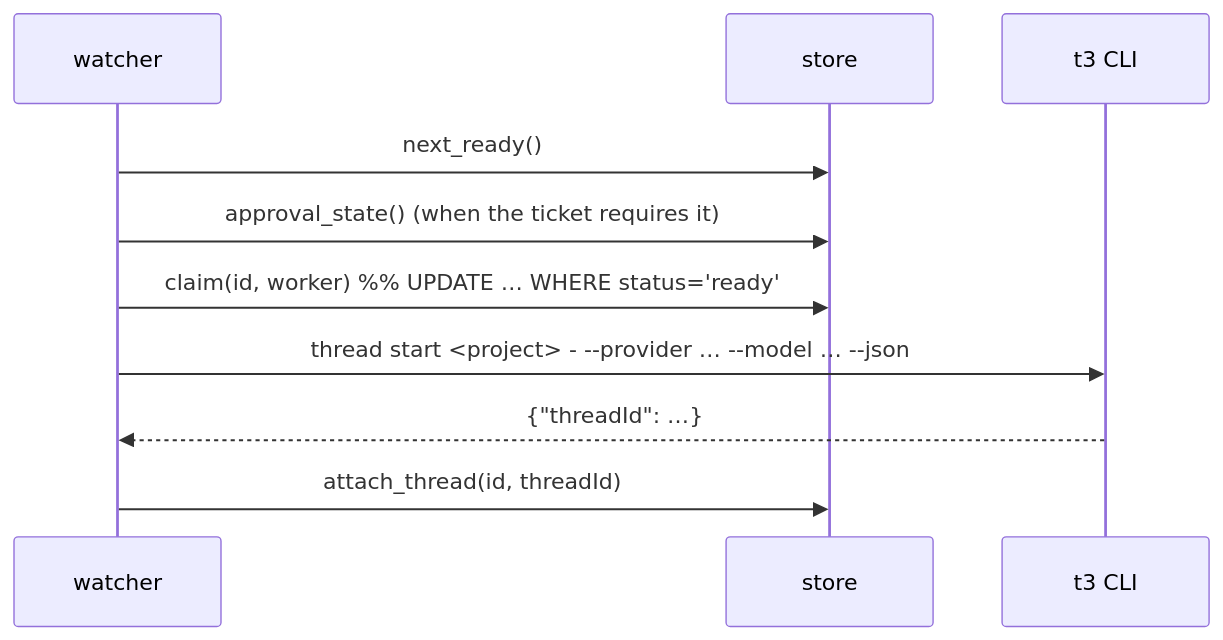
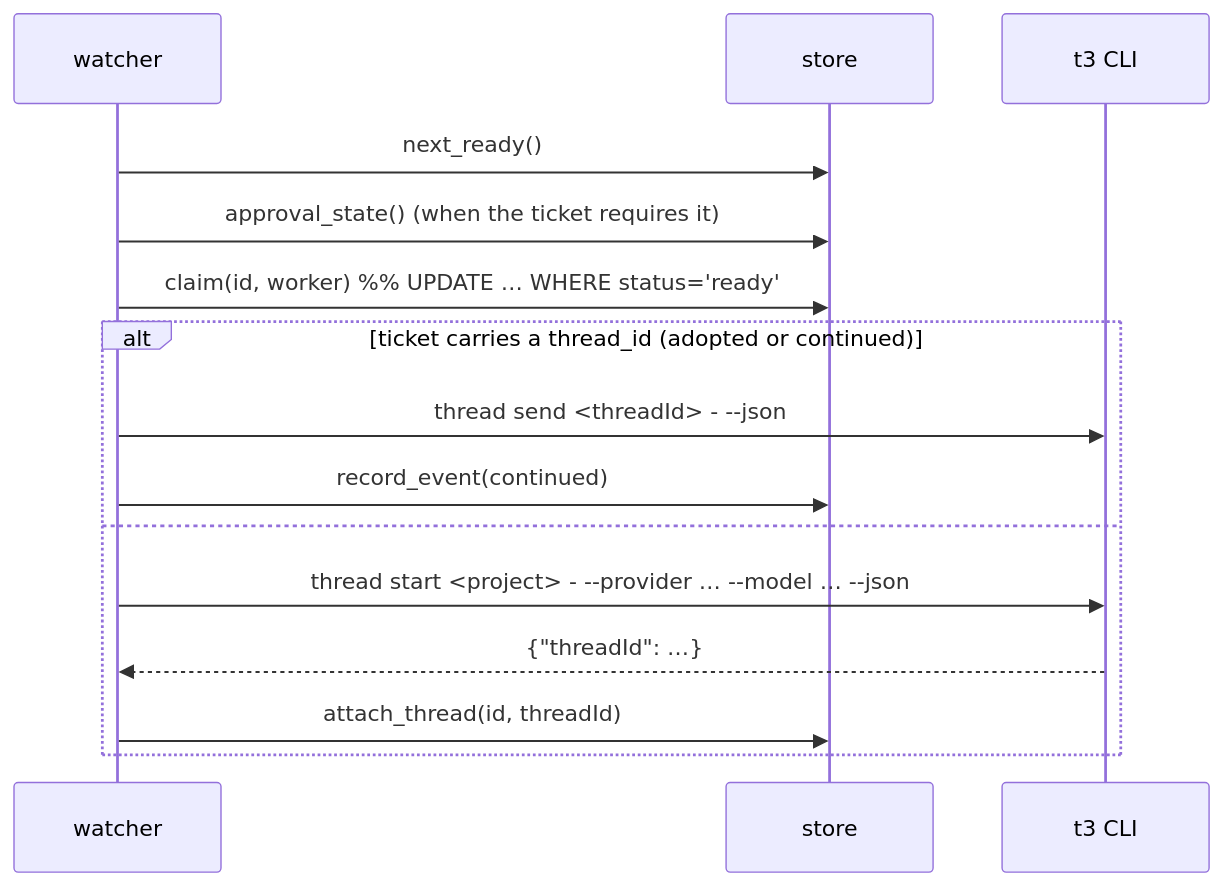
The second of 4 diagrams in docs/architecture.md (momokii/t3-workflow), drawn with Mermaid before and after one commit. The commit also changed other lines of this file and 4 other files, not shown here.

First line of the commit message:
docs: usage guide with workflows, model and priority guidance, and the same-thread rule

````diff
--- a/docs/architecture.md
+++ b/docs/architecture.md
@@ -77,12 +77,17 @@
 ```mermaid
 sequenceDiagram
     participant W as watcher
     participant S as store
     participant T as t3 CLI
     W->>S: next_ready()
     W->>S: approval_state() (when the ticket requires it)
     W->>S: claim(id, worker)  %% UPDATE … WHERE status='ready'
-    W->>T: thread start <project> - --provider … --model … --json
-    T-->>W: {"threadId": …}
-    W->>S: attach_thread(id, threadId)
+    alt ticket carries a thread_id (adopted or continued)
+        W->>T: thread send <threadId> - --json
+        W->>S: record_event(continued)
+    else
+        W->>T: thread start <project> - --provider … --model … --json
+        T-->>W: {"threadId": …}
+        W->>S: attach_thread(id, threadId)
+    end
 ```
````
